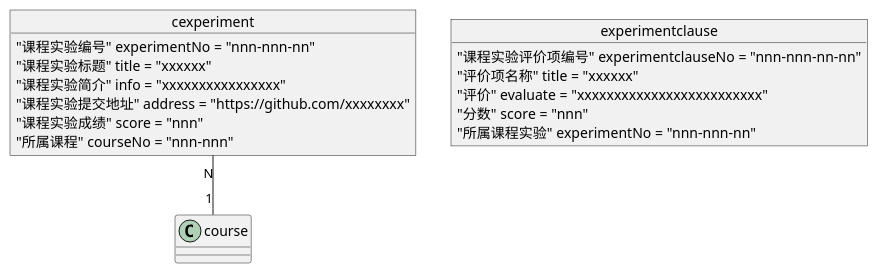
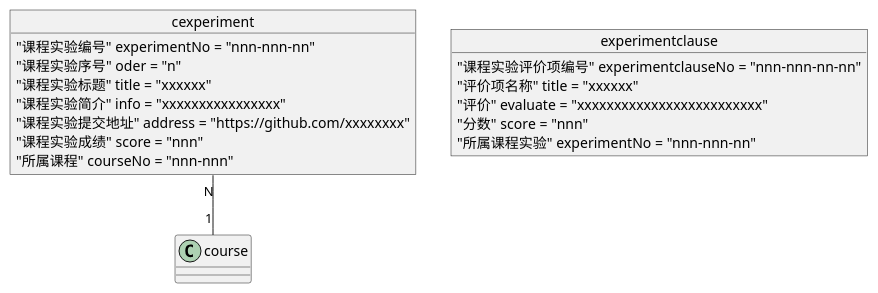
One commit to 201610414130/is_analysis-4 changed the fifth of 8 diagrams in test6/objectView.pu. Above: the diagram before and after it, drawn with PlantUML. The commit also changed other lines of this file and 7 other files, not shown here.

```diff
--- a/test6/objectView.pu
+++ b/test6/objectView.pu
@@ -53,18 +53,19 @@
 @startuml cexperiment
 object cexperiment{
     "课程实验编号" experimentNo = "nnn-nnn-nn"
+    "课程实验序号" oder = "n"
     "课程实验标题" title = "xxxxxx"
     "课程实验简介" info = "xxxxxxxxxxxxxxxx"
     "课程实验提交地址" address = "https://github.com/xxxxxxxx"
     "课程实验成绩" score = "nnn"
     "所属课程" courseNo = "nnn-nnn"
 }
 object experimentclause{
     "课程实验评价项编号" experimentclauseNo = "nnn-nnn-nn-nn"
     "评价项名称" title = "xxxxxx"
     "评价" evaluate = "xxxxxxxxxxxxxxxxxxxxxxxxx"
     "分数" score = "nnn"
     "所属课程实验" experimentNo = "nnn-nnn-nn"
 }
 cexperiment "N" -- "1" course
 @enduml
```
